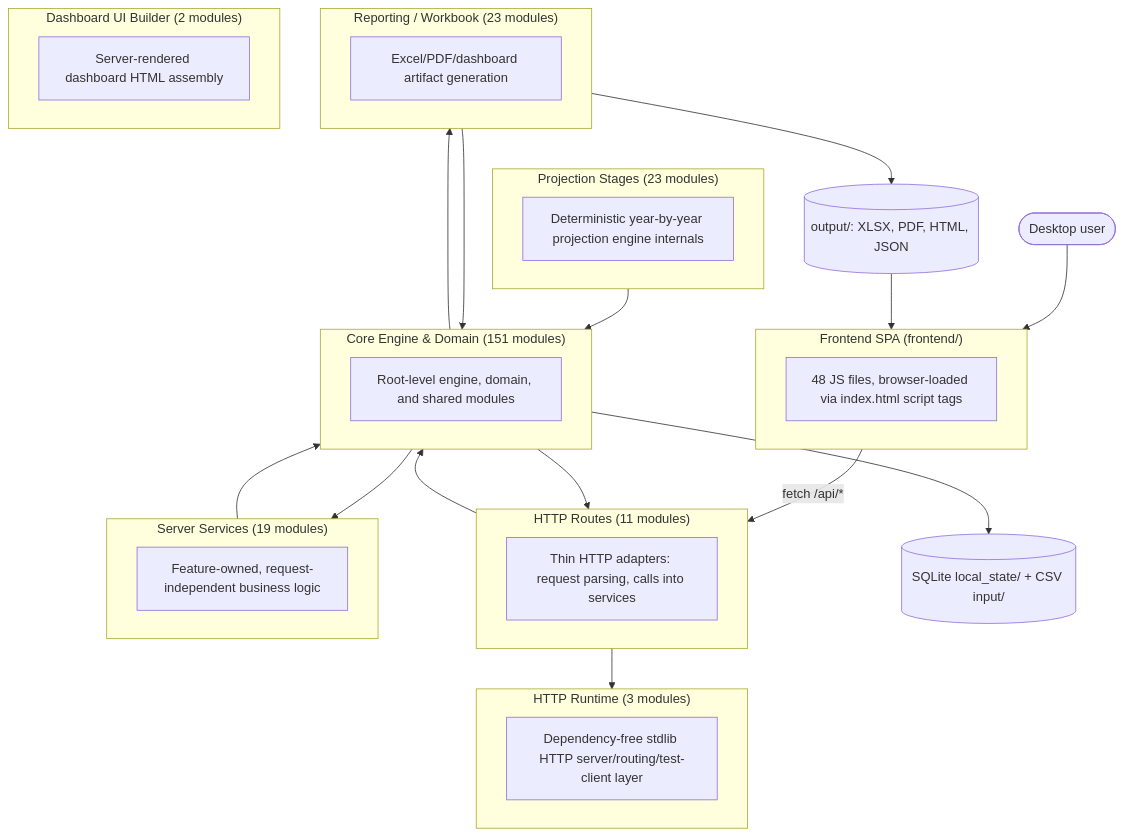
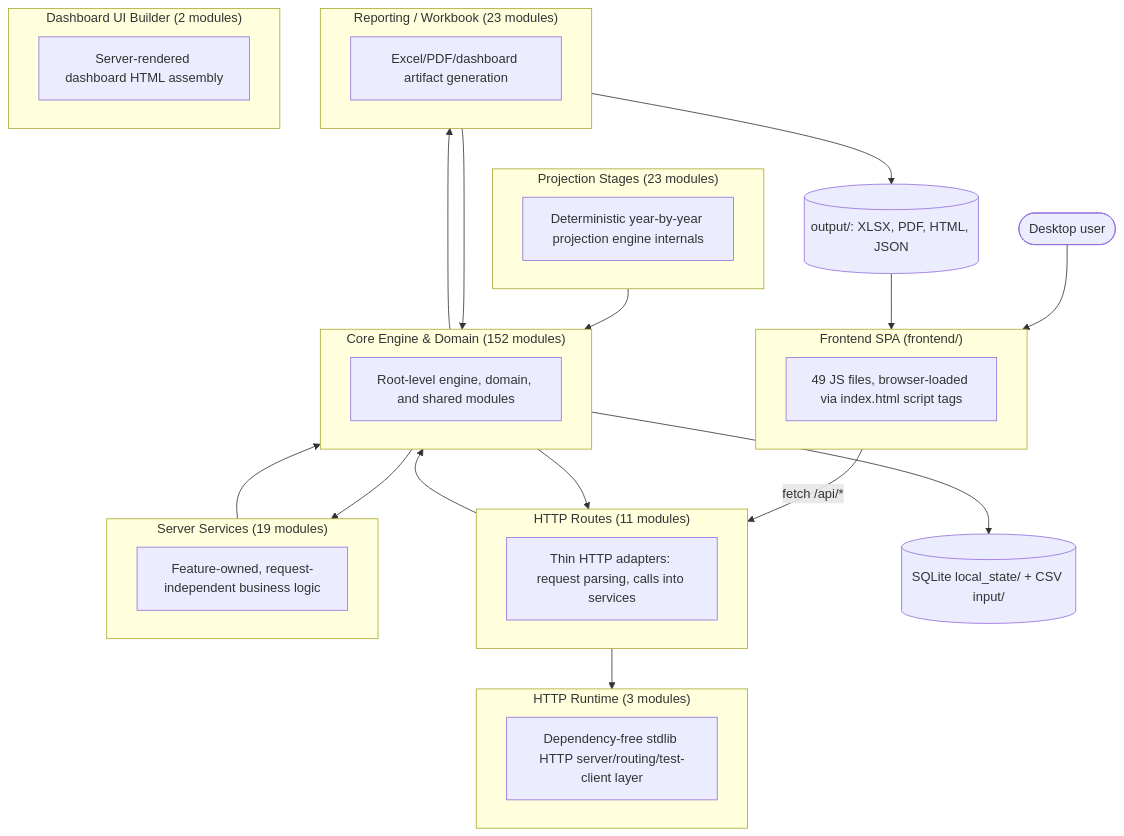
Before and after one commit to matthartzman/retirement_system: the first of 2 diagrams in documentation/reference/SYSTEM_ARCHITECTURE_DIAGRAM.md, drawn with Mermaid. The commit also changed other lines of this file and 4 other files, not shown here.

````diff
--- a/documentation/reference/SYSTEM_ARCHITECTURE_DIAGRAM.md
+++ b/documentation/reference/SYSTEM_ARCHITECTURE_DIAGRAM.md
@@ -11,40 +11,40 @@
 ```mermaid
 flowchart TB
     User(["Desktop user"]) --> FE
     subgraph FE["Frontend SPA (frontend/)"]
-        FEcount["48 JS files, browser-loaded via index.html script tags"]
+        FEcount["49 JS files, browser-loaded via index.html script tags"]
     end
     FE -->|fetch /api/*| L_HTTP_Routes
     subgraph L_HTTP_Routes["HTTP Routes (11 modules)"]
         L_HTTP_Routes_d["Thin HTTP adapters: request parsing, calls into services"]
     end
     subgraph L_Server_Services["Server Services (19 modules)"]
         L_Server_Services_d["Feature-owned, request-independent business logic"]
     end
     subgraph L_HTTP_Runtime["HTTP Runtime (3 modules)"]
         L_HTTP_Runtime_d["Dependency-free stdlib HTTP server/routing/test-client layer"]
     end
-    subgraph L_Core_Engine___Domain["Core Engine & Domain (151 modules)"]
+    subgraph L_Core_Engine___Domain["Core Engine & Domain (152 modules)"]
         L_Core_Engine___Domain_d["Root-level engine, domain, and shared modules"]
     end
     subgraph L_Projection_Stages["Projection Stages (23 modules)"]
         L_Projection_Stages_d["Deterministic year-by-year projection engine internals"]
     end
     subgraph L_Reporting___Workbook["Reporting / Workbook (23 modules)"]
         L_Reporting___Workbook_d["Excel/PDF/dashboard artifact generation"]
     end
     subgraph L_Dashboard_UI_Builder["Dashboard UI Builder (2 modules)"]
         L_Dashboard_UI_Builder_d["Server-rendered dashboard HTML assembly"]
     end
     L_Core_Engine___Domain --> L_HTTP_Routes
     L_Core_Engine___Domain --> L_Reporting___Workbook
     L_Core_Engine___Domain --> L_Server_Services
     L_HTTP_Routes --> L_Core_Engine___Domain
     L_HTTP_Routes --> L_HTTP_Runtime
     L_Projection_Stages --> L_Core_Engine___Domain
     L_Reporting___Workbook --> L_Core_Engine___Domain
     L_Server_Services --> L_Core_Engine___Domain
     L_Core_Engine___Domain --> DB[("SQLite local_state/ + CSV input/")]
     L_Reporting___Workbook --> Outputs[("output/: XLSX, PDF, HTML, JSON")]
     Outputs --> FE
 ```
````
